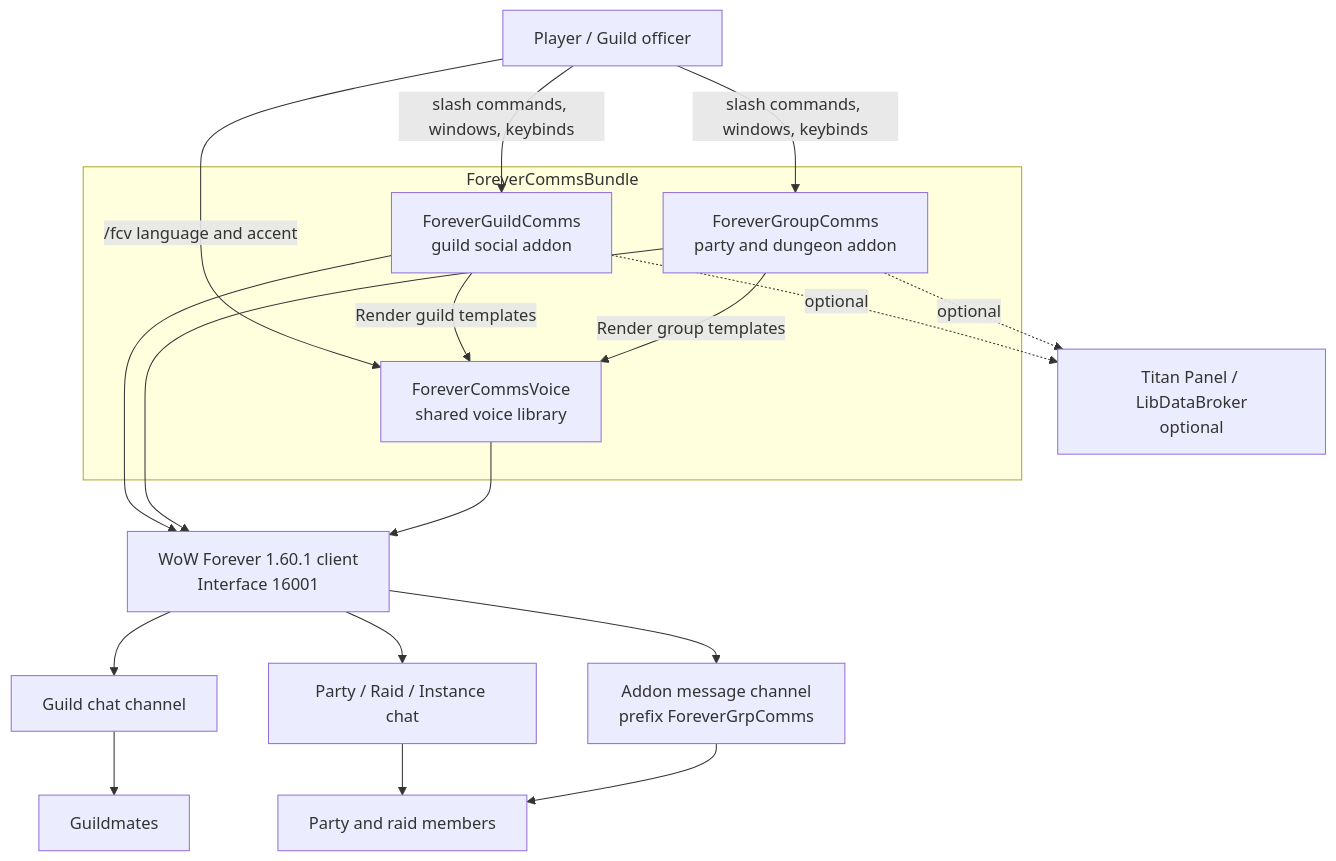
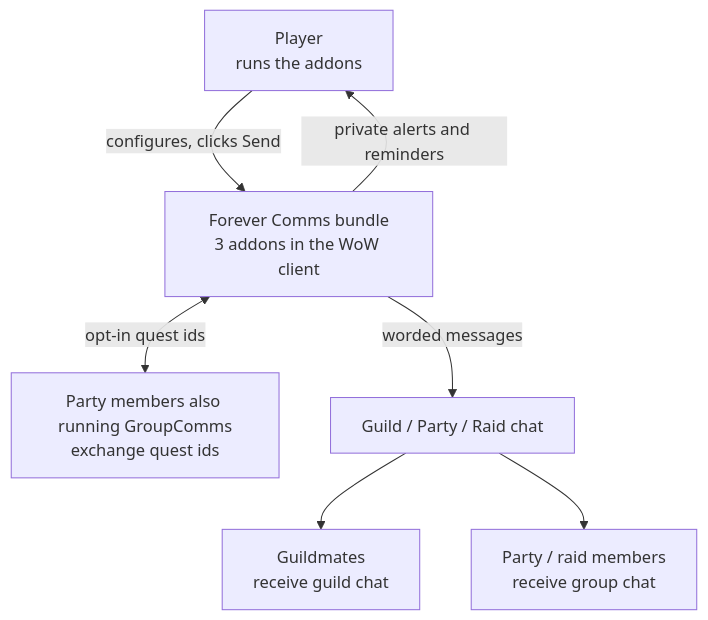
The diagram in aidlc-docs/inception/reverse-engineering/business-overview.md (mreillyorg/ForeverCommsBundle), drawn with Mermaid before and after one commit. The commit also changed other lines of this file and 30 other files, not shown here.

````diff
--- a/aidlc-docs/inception/reverse-engineering/business-overview.md
+++ b/aidlc-docs/inception/reverse-engineering/business-overview.md
@@ -12,33 +11,16 @@
 ```mermaid
-flowchart TB
-    Player["Player / Guild officer"]
-    subgraph Bundle["ForeverCommsBundle"]
-        Voice["ForeverCommsVoice<br/>shared voice library"]
-        Guild["ForeverGuildComms<br/>guild social addon"]
-        Group["ForeverGroupComms<br/>party and dungeon addon"]
-    end
-    Client["WoW Forever 1.60.1 client<br/>Interface 16001"]
-    GuildChat["Guild chat channel"]
-    GroupChat["Party / Raid / Instance chat"]
-    AddonChan["Addon message channel<br/>prefix ForeverGrpComms"]
-    Guildmates["Guildmates"]
-    Party["Party and raid members"]
-    Titan["Titan Panel / LibDataBroker<br/>optional"]
+graph TB
+    Player["Player<br/>runs the addons"]
+    Guildmates["Guildmates<br/>receive guild chat"]
+    Party["Party / raid members<br/>receive group chat"]
+    Peers["Party members also running GroupComms<br/>exchange quest ids"]
+    Bundle["Forever Comms bundle<br/>3 addons in the WoW client"]
+    Chat["Guild / Party / Raid chat"]
 
-    Player -->|slash commands, windows, keybinds| Guild
-    Player -->|slash commands, windows, keybinds| Group
-    Player -->|"/fcv language and accent"| Voice
-    Guild -->|Render guild templates| Voice
-    Group -->|Render group templates| Voice
-    Guild --> Client
-    Group --> Client
-    Voice --> Client
-    Client --> GuildChat
-    Client --> GroupChat
-    Client --> AddonChan
-    GuildChat --> Guildmates
-    GroupChat --> Party
-    AddonChan --> Party
-    Guild -.optional.-> Titan
-    Group -.optional.-> Titan
+    Player -->|configures, clicks Send| Bundle
+    Bundle -->|worded messages| Chat
+    Chat --> Guildmates
+    Chat --> Party
+    Bundle <-->|opt-in quest ids| Peers
+    Bundle -->|private alerts and reminders| Player
 ```
````
